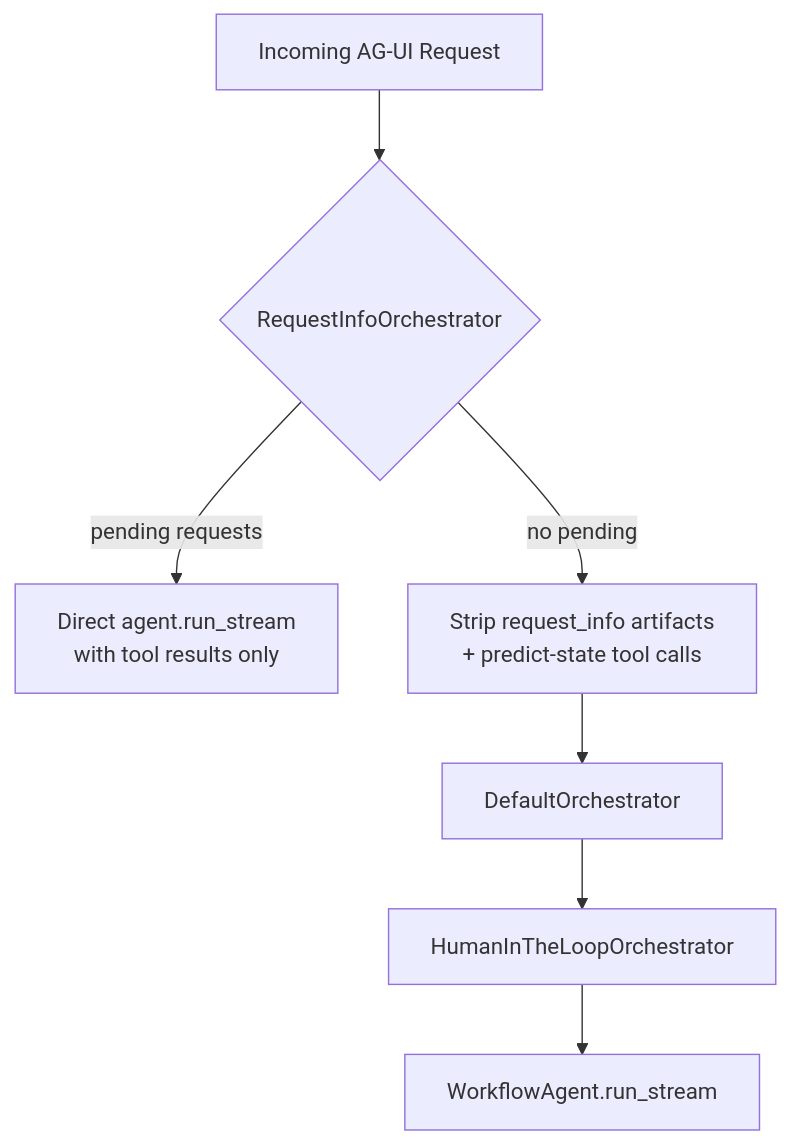
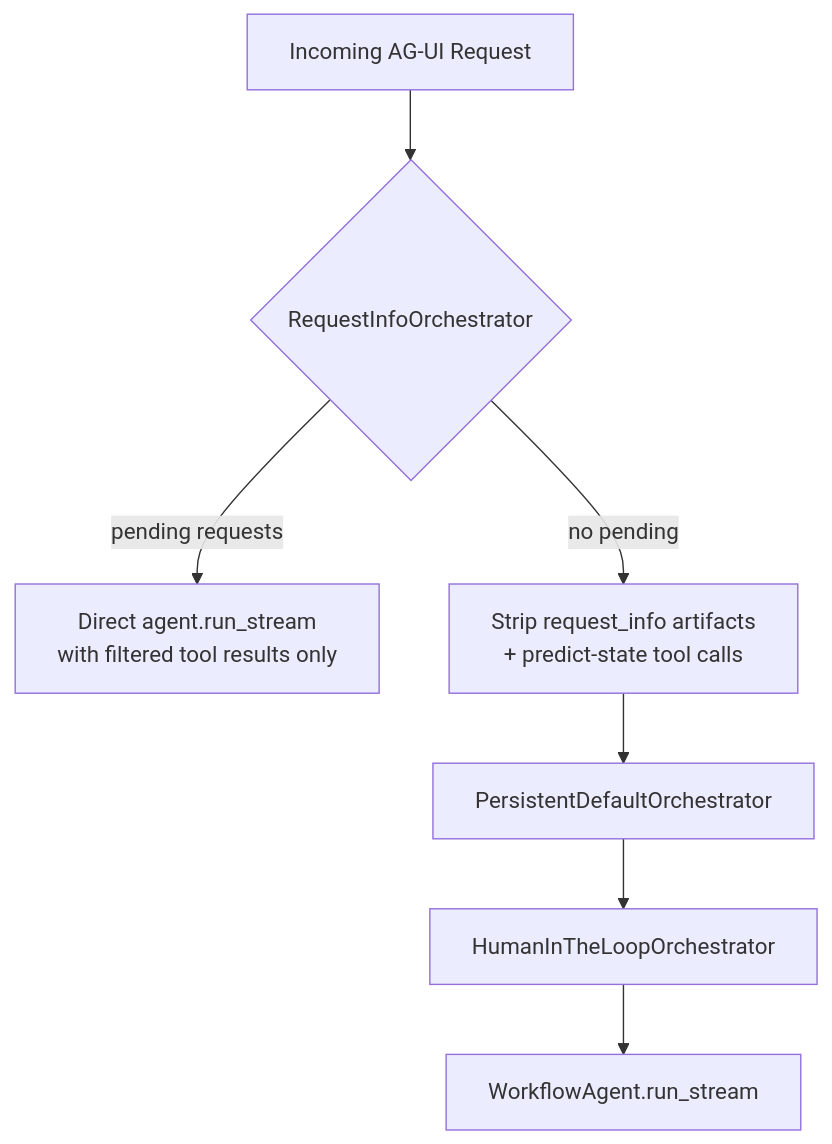
Diagram 14 of 14 in ARCHITECTURE.md (fernandosalomao/certinator-ai), drawn with Mermaid before and after one commit. The commit also changed other lines of this file, not shown here.

Commit message:
Updated Architecture Doc

````diff
--- a/ARCHITECTURE.md
+++ b/ARCHITECTURE.md
@@ -517,9 +853,9 @@
 ```mermaid
 flowchart TD
     REQ[Incoming AG-UI Request] --> RIO{RequestInfoOrchestrator}
-    RIO -->|pending requests| DIRECT[Direct agent.run_stream<br/>with tool results only]
+    RIO -->|pending requests| DIRECT[Direct agent.run_stream<br/>with filtered tool results only]
     RIO -->|no pending| CLEAN[Strip request_info artifacts<br/>+ predict-state tool calls]
-    CLEAN --> DEFAULT[DefaultOrchestrator]
+    CLEAN --> DEFAULT[PersistentDefaultOrchestrator]
     DEFAULT --> HITL_O[HumanInTheLoopOrchestrator]
     HITL_O --> AGENT[WorkflowAgent.run_stream]
 ```
````
